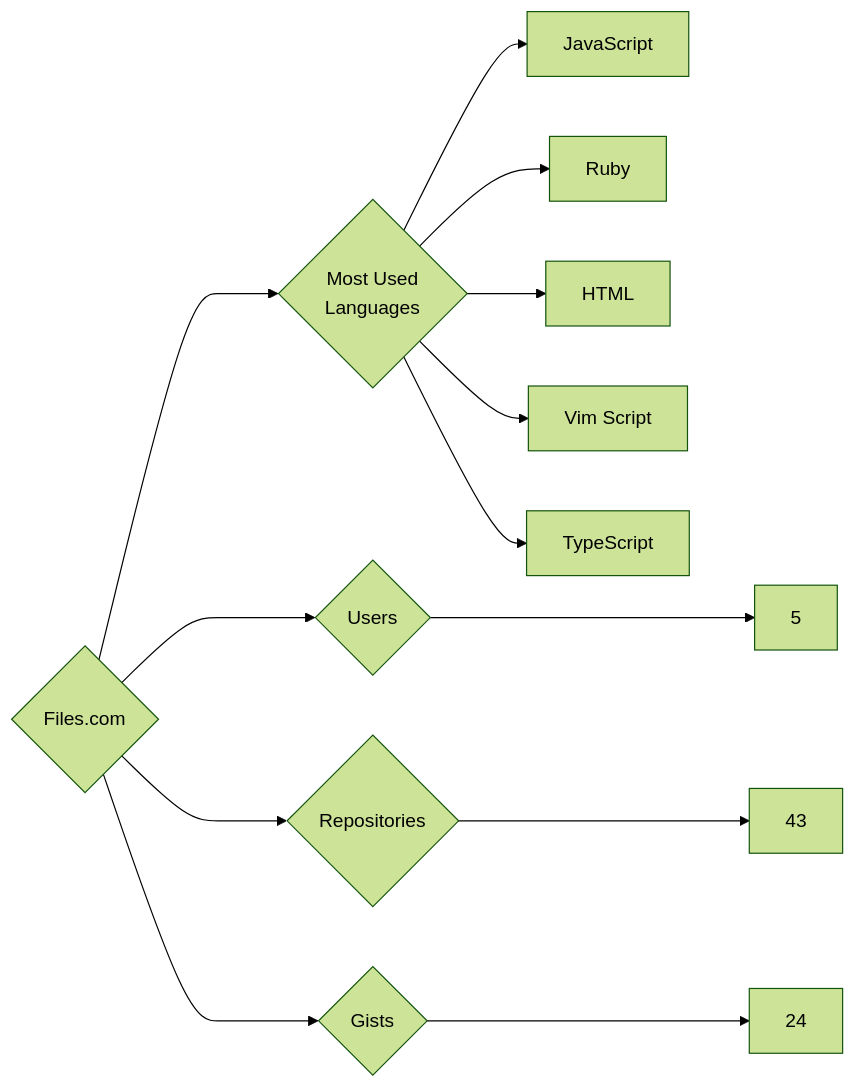
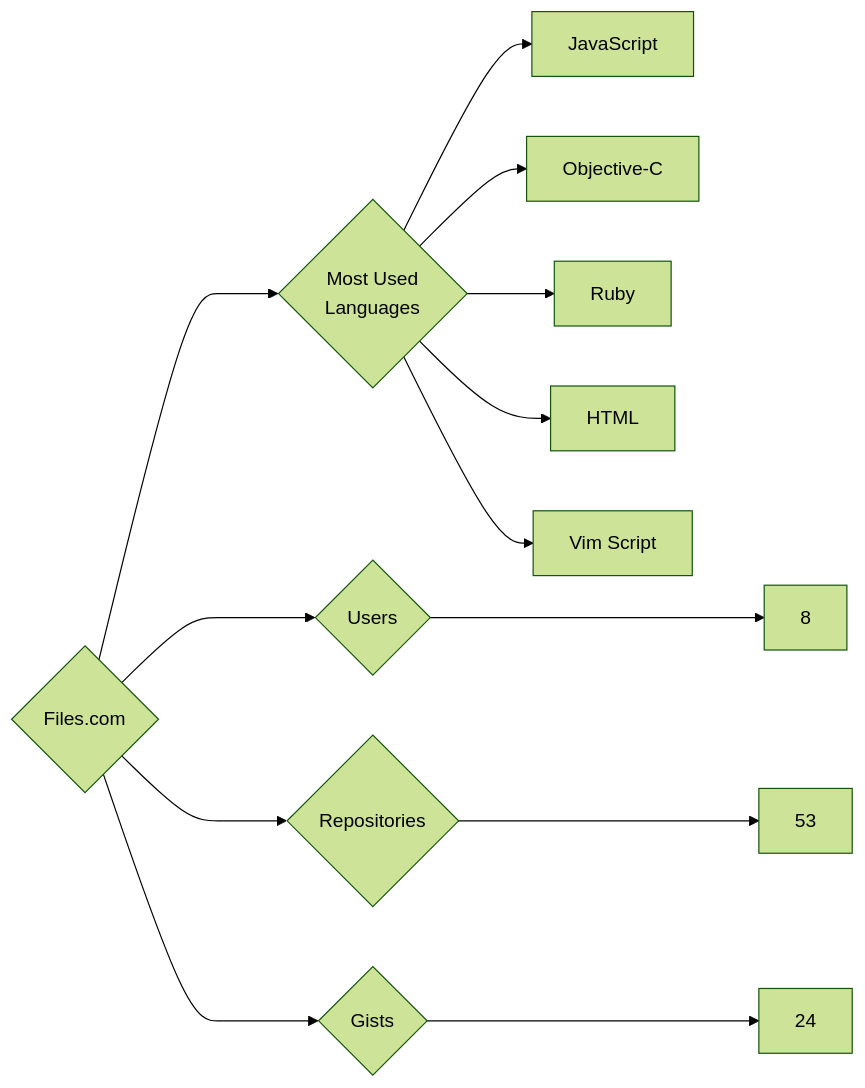
The diagram in targets/Files.com/README.md (trickest/insiders), drawn with Mermaid (forest theme) before and after one commit. The commit also changed 1089 other files, not shown here.

````diff
--- a/targets/Files.com/README.md
+++ b/targets/Files.com/README.md
@@ -3,13 +3,13 @@
 ```mermaid
 graph LR
 COMPANY_NAME{Files.com}
-COMPANY_NAME ---> U{Users} ---> UN[5]
-COMPANY_NAME ---> R{Repositories} ---> RN[43]
+COMPANY_NAME ---> U{Users} ---> UN[8]
+COMPANY_NAME ---> R{Repositories} ---> RN[53]
 COMPANY_NAME ---> G{Gists} ---> GN[24]
 COMPANY_NAME ---> ML{Most Used<br>Languages}
 ML --> JavaScript[JavaScript]
+ML --> Objective-C[Objective-C]
 ML --> Ruby[Ruby]
 ML --> HTML[HTML]
 ML --> Vim_Script[Vim Script]
-ML --> TypeScript[TypeScript]
 ```
````
